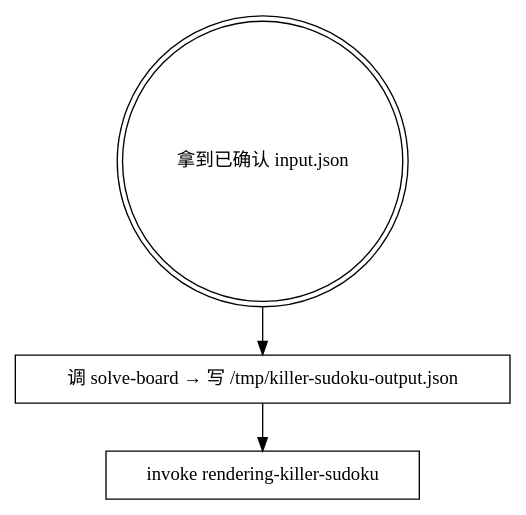
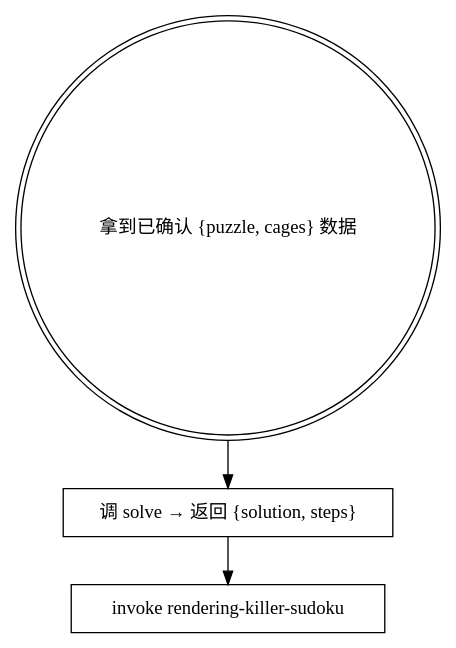
The second of 2 diagrams in .claude/superpowers/specs/2026-06-22-killer-sudoku-skills-zh-design.md (HakurouKen/puzzle-solver), drawn with Graphviz before and after one commit. The commit also changed other lines of this file, not shown here.

Commit message:
docs(killer-sudoku): 修正 solving 入口为数据对象而非文件路径

````diff
--- a/.claude/superpowers/specs/2026-06-22-killer-sudoku-skills-zh-design.md
+++ b/.claude/superpowers/specs/2026-06-22-killer-sudoku-skills-zh-design.md
@@ -192,9 +192,9 @@
 ```dot
 digraph flow {
-    "拿到已确认 input.json" [shape=doublecircle];
-    "调 solve-board → 写 /tmp/killer-sudoku-output.json" [shape=box];
+    "拿到已确认 {puzzle, cages} 数据" [shape=doublecircle];
+    "调 solve → 返回 {solution, steps}" [shape=box];
     "invoke rendering-killer-sudoku" [shape=box];
-    "拿到已确认 input.json" -> "调 solve-board → 写 /tmp/killer-sudoku-output.json"
+    "拿到已确认 {puzzle, cages} 数据" -> "调 solve → 返回 {solution, steps}"
         -> "invoke rendering-killer-sudoku";
 }
 ```
````
